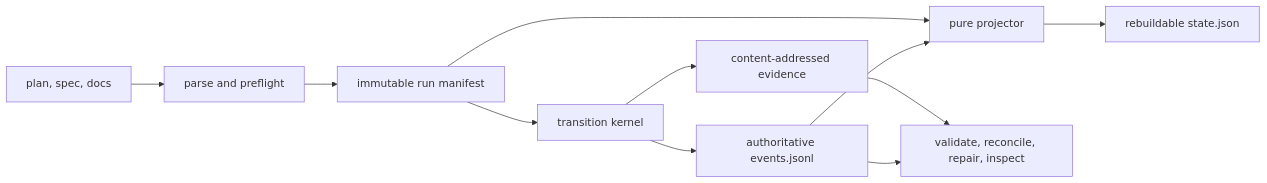
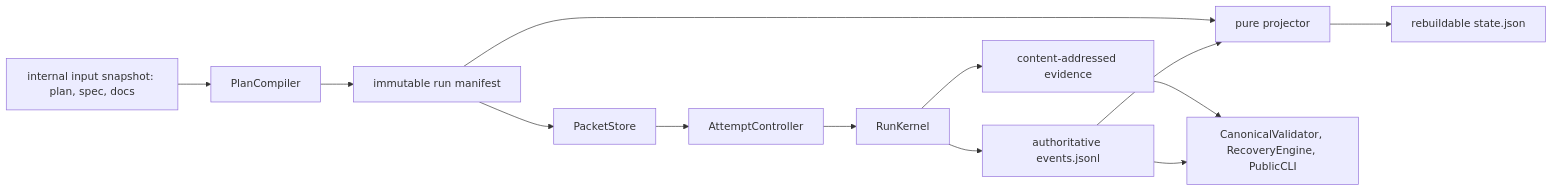
One commit to beyondwin/Archive changed the diagram in skills/kws-codex-plan-executor/ARCHITECTURE.md. Above: the diagram before and after it, drawn with Mermaid. The commit also changed other lines of this file and 21 other files, not shown here.

````diff
--- a/skills/kws-codex-plan-executor/ARCHITECTURE.md
+++ b/skills/kws-codex-plan-executor/ARCHITECTURE.md
@@ -5,13 +17,15 @@
 ```mermaid
 flowchart LR
-  Input["plan, spec, docs"] --> Preflight["parse and preflight"]
+  Input["internal input snapshot: plan, spec, docs"] --> Preflight["PlanCompiler"]
   Preflight --> Manifest["immutable run manifest"]
-  Manifest --> Kernel["transition kernel"]
+  Manifest --> Packet["PacketStore"]
+  Packet --> Attempt["AttemptController"]
+  Attempt --> Kernel["RunKernel"]
   Kernel --> Events["authoritative events.jsonl"]
   Kernel --> Evidence["content-addressed evidence"]
   Events --> Projector["pure projector"]
   Manifest --> Projector
   Projector --> State["rebuildable state.json"]
-  Events --> Consumers["validate, reconcile, repair, inspect"]
+  Events --> Consumers["CanonicalValidator, RecoveryEngine, PublicCLI"]
   Evidence --> Consumers
 ```
````
